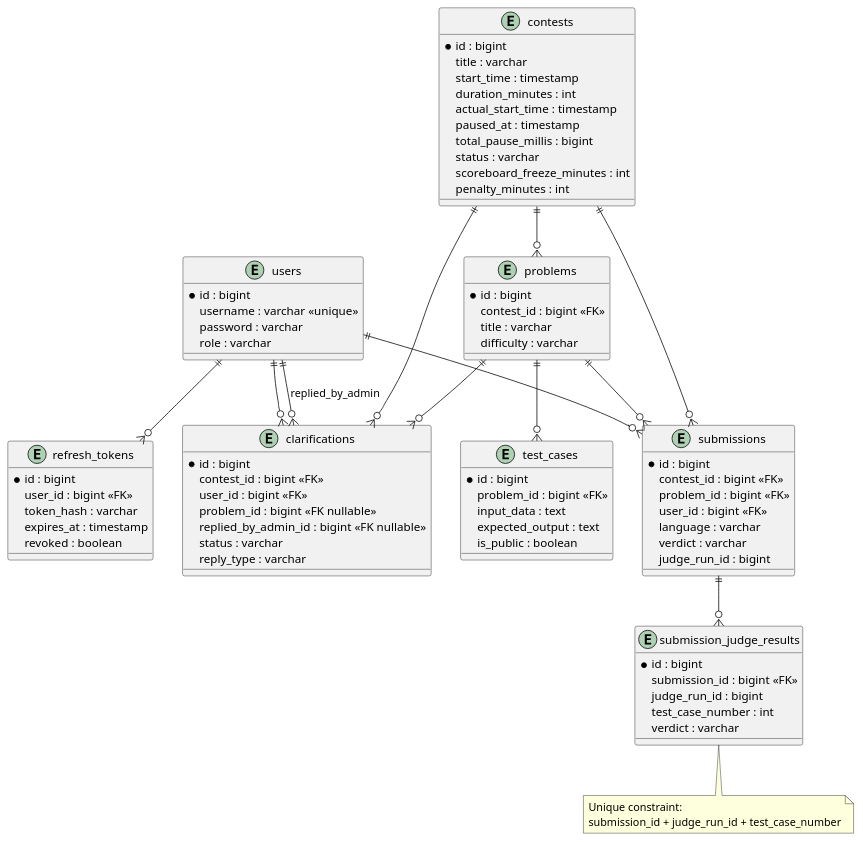
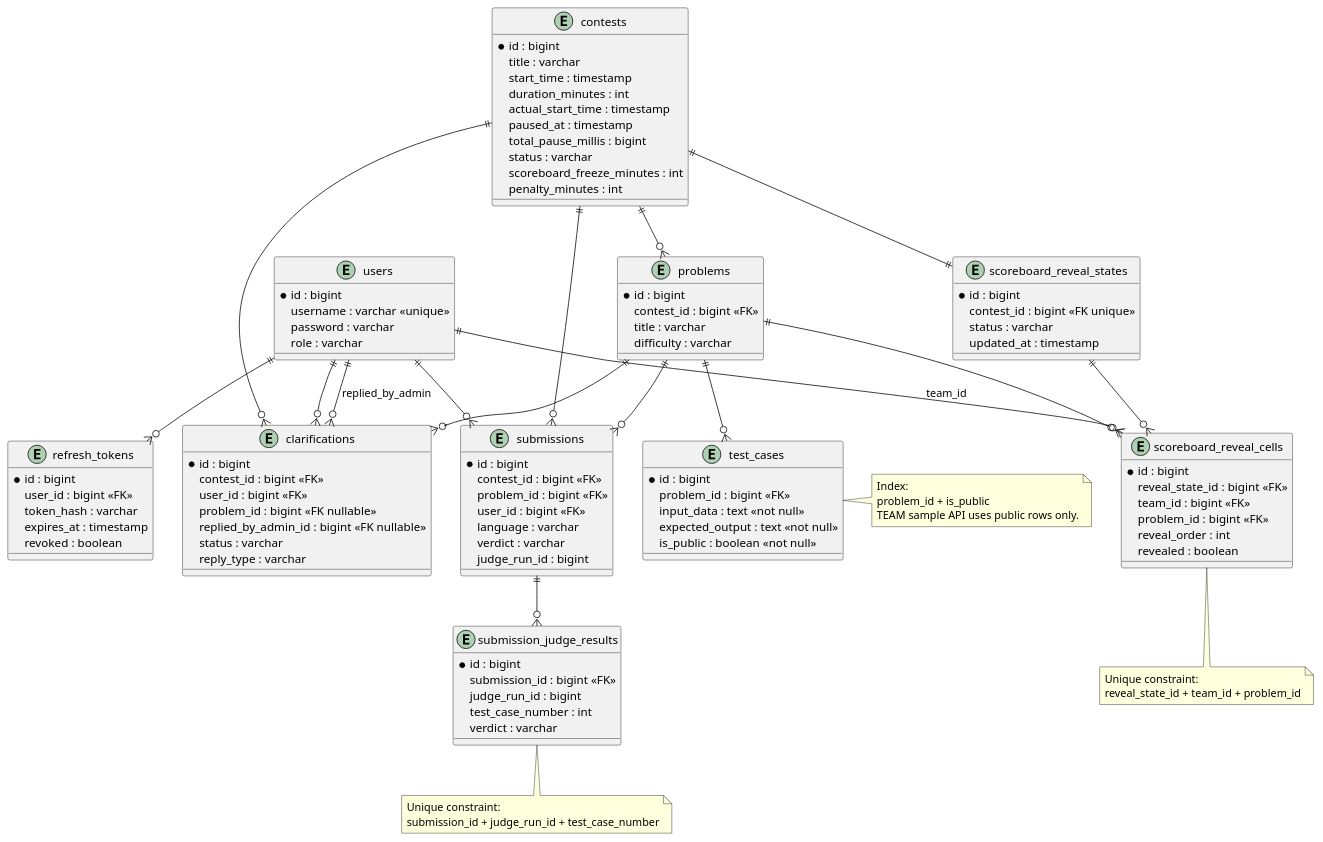
Before and after one commit to AuraC-graduate-project/AuraC2: diagram 17 of 17 in docs/report-rebuild/diagram-prompts.md, drawn with PlantUML. The commit also changed other lines of this file and 29 other files, not shown here.

Commit message:
feat(phase-5): secure hidden test cases and add Flyway migrations

````diff
--- a/docs/report-rebuild/diagram-prompts.md
+++ b/docs/report-rebuild/diagram-prompts.md
@@ -788,9 +809,9 @@
 entity test_cases {
   * id : bigint
   problem_id : bigint <<FK>>
-  input_data : text
-  expected_output : text
-  is_public : boolean
+  input_data : text <<not null>>
+  expected_output : text <<not null>>
+  is_public : boolean <<not null>>
 }
 entity clarifications {
   * id : bigint
@@ -817,6 +838,20 @@
   test_case_number : int
   verdict : varchar
 }
+entity scoreboard_reveal_states {
+  * id : bigint
+  contest_id : bigint <<FK unique>>
+  status : varchar
+  updated_at : timestamp
+}
+entity scoreboard_reveal_cells {
+  * id : bigint
+  reveal_state_id : bigint <<FK>>
+  team_id : bigint <<FK>>
+  problem_id : bigint <<FK>>
+  reveal_order : int
+  revealed : boolean
+}
 users ||--o{ refresh_tokens
 contests ||--o{ problems
 problems ||--o{ test_cases
@@ -828,9 +863,22 @@
 users ||--o{ clarifications
 problems ||--o{ clarifications
 users ||--o{ clarifications : replied_by_admin
+contests ||--|| scoreboard_reveal_states
+scoreboard_reveal_states ||--o{ scoreboard_reveal_cells
+users ||--o{ scoreboard_reveal_cells : team_id
+problems ||--o{ scoreboard_reveal_cells
 note bottom of submission_judge_results
 Unique constraint:
 submission_id + judge_run_id + test_case_number
 end note
+note bottom of scoreboard_reveal_cells
+Unique constraint:
+reveal_state_id + team_id + problem_id
+end note
+note right of test_cases
+Index:
+problem_id + is_public
+TEAM sample API uses public rows only.
+end note
 @enduml
 ```
````
